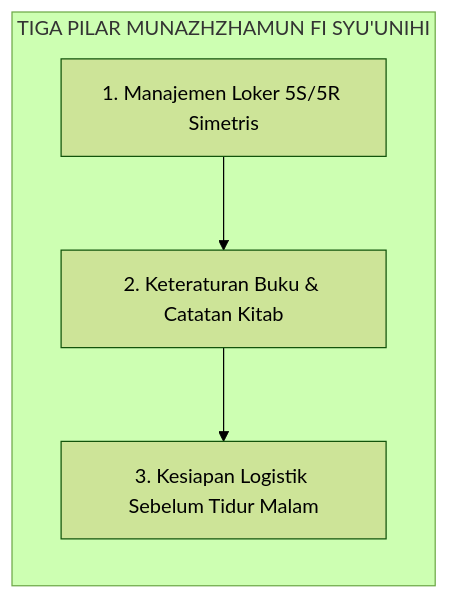
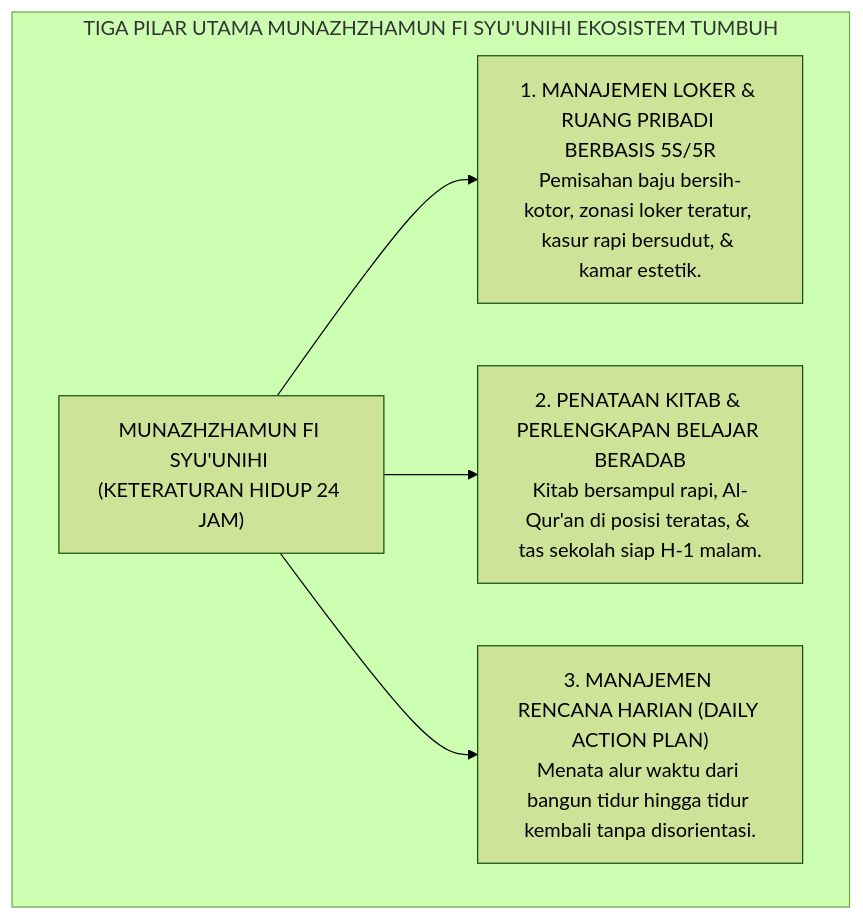
The first of 2 diagrams in BOOK-SERIES/Volume-02/Bab-02-Profil-10-Muwashafat-Karakter-Santri/08-Munazhzhamun-fi-Syuunihi.md (wandiapriliyandi/tumbuh), drawn with Mermaid (forest theme) before and after one commit. The commit also changed other lines of this file and 18 other files, not shown here.

````diff
--- a/BOOK-SERIES/Volume-02/Bab-02-Profil-10-Muwashafat-Karakter-Santri/08-Munazhzhamun-fi-Syuunihi.md
+++ b/BOOK-SERIES/Volume-02/Bab-02-Profil-10-Muwashafat-Karakter-Santri/08-Munazhzhamun-fi-Syuunihi.md
@@ -19,7 +23,12 @@
 ```mermaid
-graph LR
-    subgraph PilarKeteraturan["TIGA PILAR MUNAZHZHAMUN FI SYU'UNIHI"]
-        Loker["1. Manajemen Loker 5S/5R Simetris"] --> Catatan["2. Keteraturan Buku & Catatan Kitab"]
-        Catatan --> Rencana["3. Kesiapan Logistik Sebelum Tidur Malam"]
+graph TD
+    subgraph PilarKeteraturan["TIGA PILAR UTAMA MUNAZHZHAMUN FI SYU'UNIHI EKOSISTEM TUMBUH"]
+        PorosTertib["MUNAZHZHAMUN FI SYU'UNIHI (KETERATURAN HIDUP 24 JAM)"]
+        
+        PorosTertib --> P1["1. MANAJEMEN LOKER & RUANG PRIBADI BERBASIS 5S/5R<br/>Pemisahan baju bersih-kotor, zonasi loker teratur, kasur rapi bersudut, & kamar estetik."]
+        
+        PorosTertib --> P2["2. PENATAAN KITAB & PERLENGKAPAN BELAJAR BERADAB<br/>Kitab bersampul rapi, Al-Qur'an di posisi teratas, & tas sekolah siap H-1 malam."]
+        
+        PorosTertib --> P3["3. MANAJEMEN RENCANA HARIAN (DAILY ACTION PLAN)<br/>Menata alur waktu dari bangun tidur hingga tidur kembali tanpa disorientasi."]
     end
 ```
````
